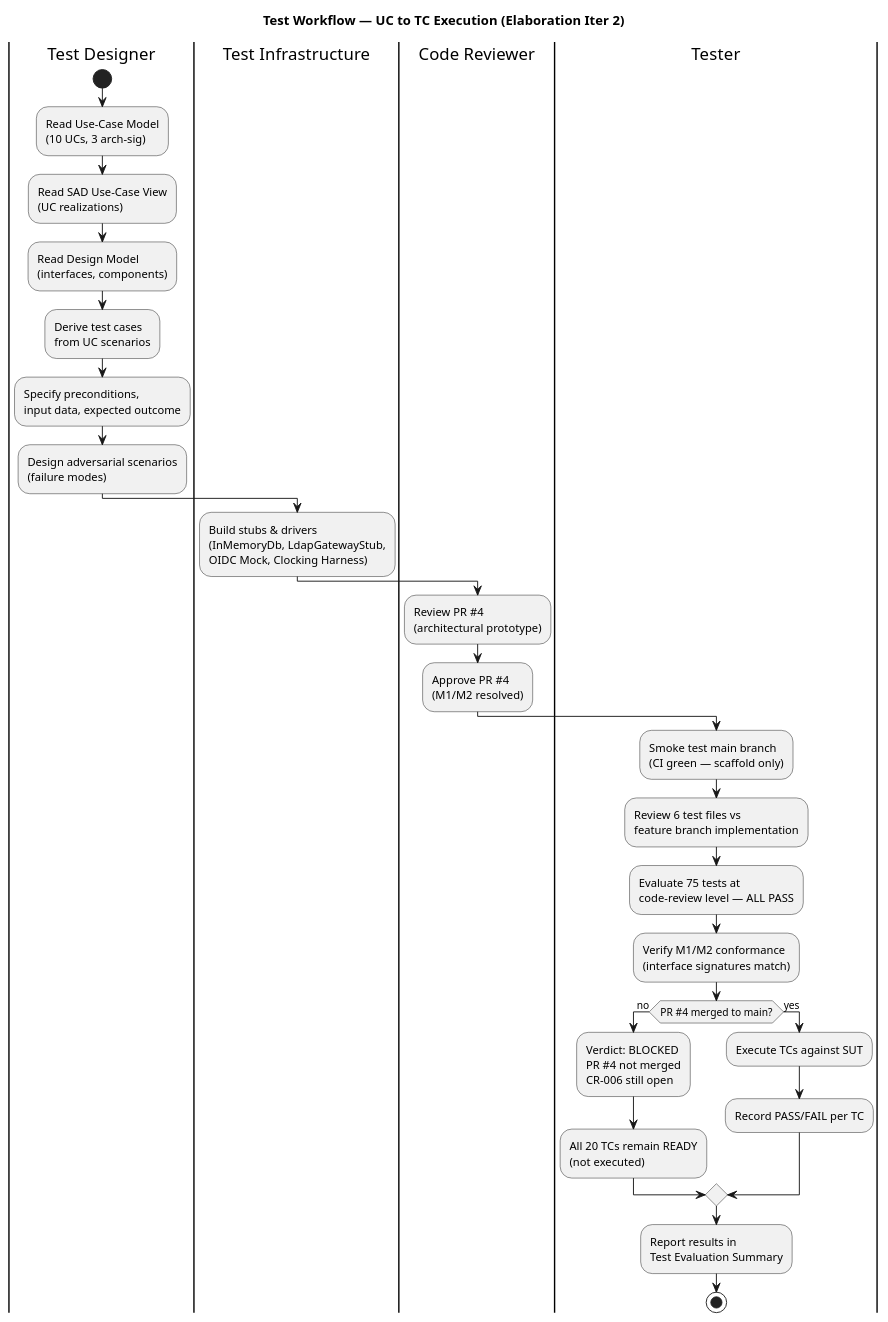
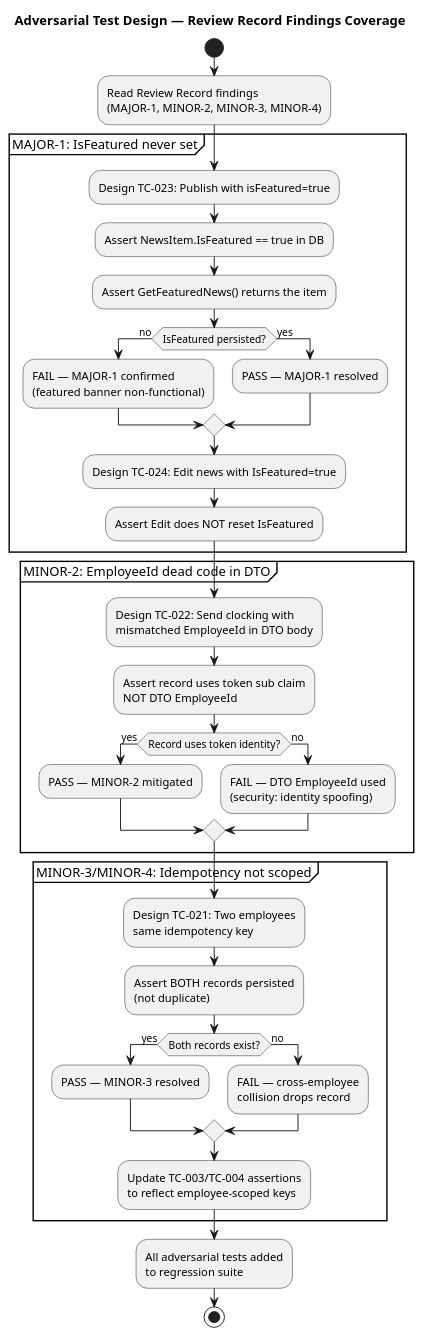
Before and after one commit to banense-test/portal-cuba-corp: the third of 4 diagrams in docs/artifacts/test/test-case.md, drawn with PlantUML. The commit also changed other lines of this file, not shown here.

First line of the commit message:
Test Designer [C1]: upsert Test Case

````diff
--- a/docs/artifacts/test/test-case.md
+++ b/docs/artifacts/test/test-case.md
@@ -227,42 +199,56 @@
 ```plantuml
 @startuml
-title Test Workflow — UC to TC Execution (Elaboration Iter 2)
+title Adversarial Test Design — Review Record Findings Coverage
 
-|Test Designer|
 start
-:Read Use-Case Model\n(10 UCs, 3 arch-sig);
-:Read SAD Use-Case View\n(UC realizations);
-:Read Design Model\n(interfaces, components);
+:Read Review Record findings
+(MAJOR-1, MINOR-2, MINOR-3, MINOR-4);
 
-|Test Designer|
-:Derive test cases\nfrom UC scenarios;
-:Specify preconditions,\ninput data, expected outcome;
-:Design adversarial scenarios\n(failure modes);
+partition "MAJOR-1: IsFeatured never set" {
+  :Design TC-023: Publish with isFeatured=true;
+  :Assert NewsItem.IsFeatured == true in DB;
+  :Assert GetFeaturedNews() returns the item;
+  if (IsFeatured persisted?) then (no)
+    :FAIL — MAJOR-1 confirmed
+    (featured banner non-functional);
+  else (yes)
+    :PASS — MAJOR-1 resolved;
+  endif
+  :Design TC-024: Edit news with IsFeatured=true;
+  :Assert Edit does NOT reset IsFeatured;
+}
 
-|Test Infrastructure|
-:Build stubs & drivers\n(InMemoryDb, LdapGatewayStub,\nOIDC Mock, Clocking Harness);
+partition "MINOR-2: EmployeeId dead code in DTO" {
+  :Design TC-022: Send clocking with
+  mismatched EmployeeId in DTO body;
+  :Assert record uses token sub claim
+  NOT DTO EmployeeId;
+  if (Record uses token identity?) then (yes)
+    :PASS — MINOR-2 mitigated;
+  else (no)
+    :FAIL — DTO EmployeeId used
+    (security: identity spoofing);
+  endif
+}
 
-|Code Reviewer|
-:Review PR #4\n(architectural prototype);
-:Approve PR #4\n(M1/M2 resolved);
+partition "MINOR-3/MINOR-4: Idempotency not scoped" {
+  :Design TC-021: Two employees
+  same idempotency key;
+  :Assert BOTH records persisted
+  (not duplicate);
+  if (Both records exist?) then (yes)
+    :PASS — MINOR-3 resolved;
+  else (no)
+    :FAIL — cross-employee
+    collision drops record;
+  endif
+  :Update TC-003/TC-004 assertions
+  to reflect employee-scoped keys;
+}
 
-|Tester|
-:Smoke test main branch\n(CI green — scaffold only);
-:Review 6 test files vs\nfeature branch implementation;
-:Evaluate 75 tests at\ncode-review level — ALL PASS;
-:Verify M1/M2 conformance\n(interface signatures match);
-
-if (PR #4 merged to main?) then (no)
-  :Verdict: BLOCKED\nPR #4 not merged\nCR-006 still open;
-  :All 20 TCs remain READY\n(not executed);
-else (yes)
-  :Execute TCs against SUT;
-  :Record PASS/FAIL per TC;
-endif
-
-:Report results in\nTest Evaluation Summary;
+:All adversarial tests added
+to regression suite;
 
 stop
-
 @enduml
 ```
````
